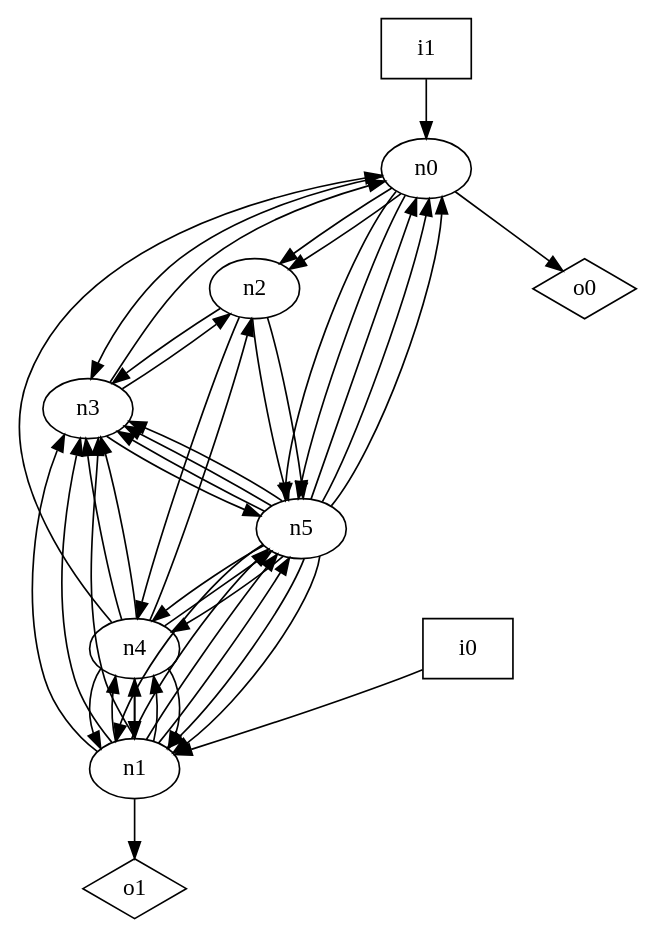
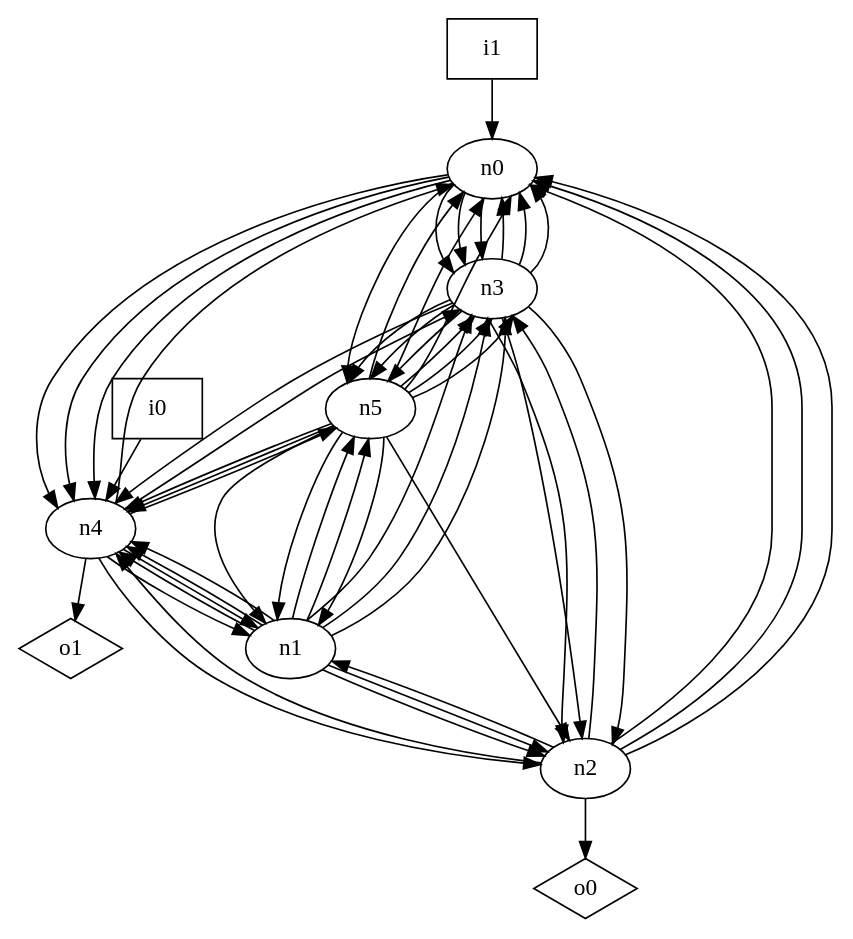
The diagram in dot_files/random_graph/loop_free_graph.dot (p9romain/bool-circuits), drawn with Graphviz before and after one commit. The commit also changed 47 other files, not shown here.

```diff
--- a/dot_files/random_graph/loop_free_graph.dot
+++ b/dot_files/random_graph/loop_free_graph.dot
@@ -1,56 +1,67 @@
 digraph G {
 n0 [label="n0"];
 n1 [label="n1"];
 n2 [label="n2"];
 n3 [label="n3"];
 n4 [label="n4"];
 n5 [label="n5"];
 n6 [label="i0",shape="box"];
 n7 [label="i1",shape="box"];
 n8 [label="o0",shape="diamond"];
 n9 [label="o1",shape="diamond"];
-n0 -> n2
-n0 -> n2
 n0 -> n3
+n0 -> n3
+n0 -> n3
+n0 -> n4
+n0 -> n4
+n0 -> n4
 n0 -> n5
-n0 -> n5
-n0 -> n8
+n1 -> n2
+n1 -> n2
 n1 -> n3
 n1 -> n3
 n1 -> n3
 n1 -> n4
 n1 -> n4
 n1 -> n4
 n1 -> n5
 n1 -> n5
-n1 -> n5
-n1 -> n9
+n2 -> n0
+n2 -> n0
+n2 -> n0
+n2 -> n1
 n2 -> n3
 n2 -> n4
-n2 -> n5
-n2 -> n5
+n2 -> n8
+n3 -> n0
+n3 -> n0
 n3 -> n0
 n3 -> n2
+n3 -> n2
+n3 -> n2
+n3 -> n4
+n3 -> n5
+n3 -> n5
 n3 -> n5
 n4 -> n0
 n4 -> n1
 n4 -> n1
-n4 -> n1
 n4 -> n2
 n4 -> n3
-n4 -> n3
 n4 -> n5
+n4 -> n9
 n5 -> n0
 n5 -> n0
 n5 -> n0
 n5 -> n1
 n5 -> n1
 n5 -> n1
+n5 -> n2
 n5 -> n3
 n5 -> n3
 n5 -> n3
 n5 -> n4
 n5 -> n4
-n6 -> n1
+n6 -> n4
 n7 -> n0
 }
```
